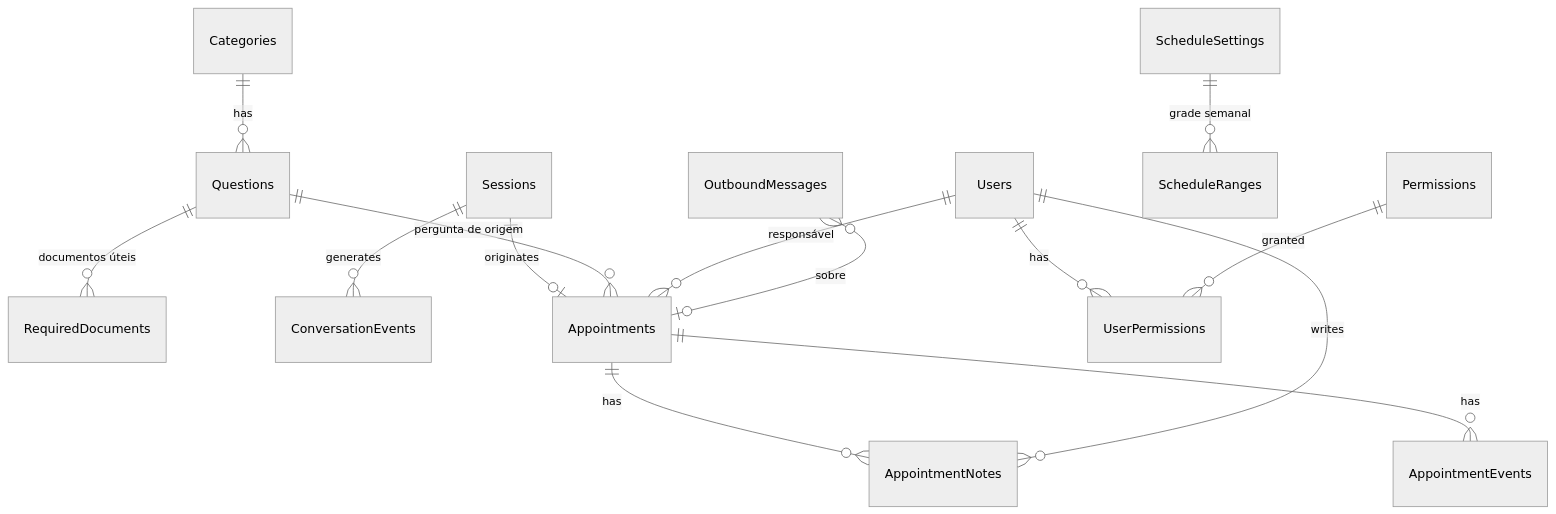
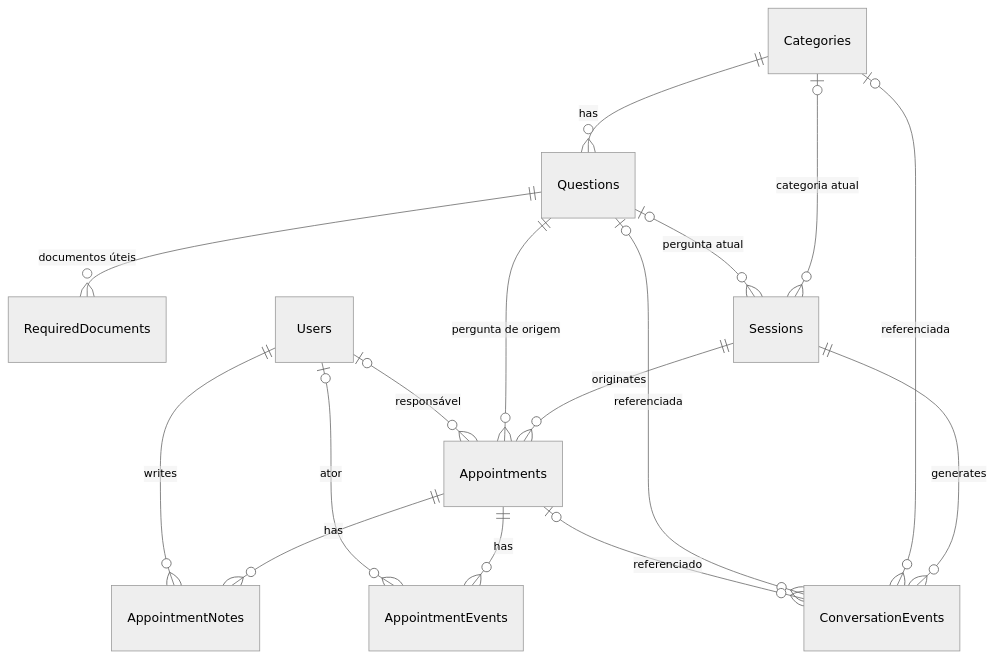
The diagram in .docs/database/database.md (Steel-Hard/ProconChat_Jacarei), drawn with Mermaid (neutral theme) before and after one commit. The commit also changed other lines of this file, not shown here.

Commit message:
Docs :bulb: [#52] Atualiza o modelo de dados com o schema da Sprint 2

````diff
--- a/.docs/database/database.md
+++ b/.docs/database/database.md
@@ -171,16 +29,18 @@
 ```mermaid
 erDiagram
     Categories ||--o{ Questions : has
     Questions ||--o{ RequiredDocuments : "documentos úteis"
+    Categories |o--o{ Sessions : "categoria atual"
+    Questions |o--o{ Sessions : "pergunta atual"
     Sessions ||--o{ ConversationEvents : generates
-    Sessions ||--o| Appointments : originates
+    Categories |o--o{ ConversationEvents : "referenciada"
+    Questions |o--o{ ConversationEvents : "referenciada"
+    Appointments |o--o{ ConversationEvents : "referenciado"
+    Sessions ||--o{ Appointments : originates
     Questions ||--o{ Appointments : "pergunta de origem"
-    Users ||--o{ Appointments : "responsável"
+    Users |o--o{ Appointments : "responsável"
     Appointments ||--o{ AppointmentNotes : has
+    Users ||--o{ AppointmentNotes : writes
     Appointments ||--o{ AppointmentEvents : has
-    Users ||--o{ AppointmentNotes : writes
-    Users ||--o{ UserPermissions : has
-    Permissions ||--o{ UserPermissions : granted
-    ScheduleSettings ||--o{ ScheduleRanges : "grade semanal"
-    OutboundMessages }o--o| Appointments : "sobre"
+    Users |o--o{ AppointmentEvents : "ator"
 ```
````
